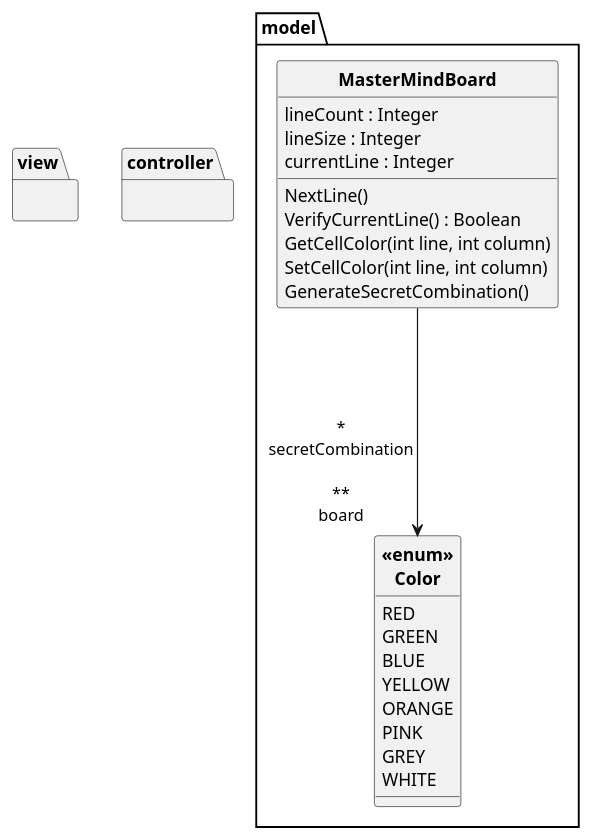
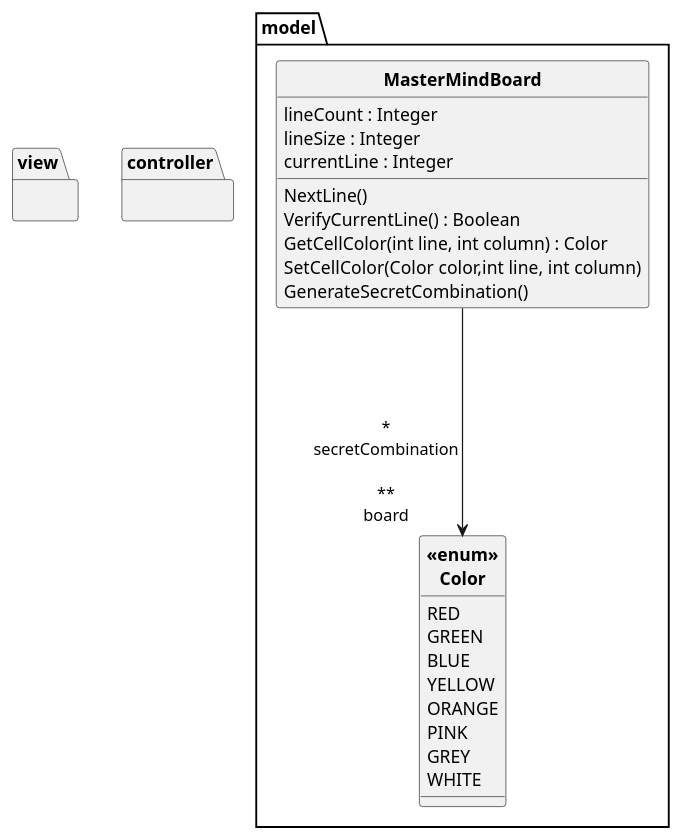
One commit to matteorenaud/mastermind changed the diagram in ProjetA31-A32/UML/MVC2.puml. Above: the diagram before and after it, drawn with PlantUML. The commit also changed 2 other files, not shown here.

```diff
--- a/ProjetA31-A32/UML/MVC2.puml
+++ b/ProjetA31-A32/UML/MVC2.puml
@@ -1,41 +1,41 @@
 @startuml
 skinparam style strictuml
 skinparam classAttributeIconSize 0
 skinparam classFontStyle Bold
 
 package model
 {
     class MasterMindBoard
     {
         lineCount : Integer
         lineSize : Integer
         currentLine : Integer
         NextLine()
         VerifyCurrentLine() : Boolean
-        GetCellColor(int line, int column)
-        SetCellColor(int line, int column)
+        GetCellColor(int line, int column) : Color
+        SetCellColor(Color color,int line, int column)
         GenerateSecretCombination()
     }
     enum "<<enum>>\nColor" as Color
     {
         RED
         GREEN
         BLUE
         YELLOW
         ORANGE
         PINK
         GREY
         WHITE
     }
 
     MasterMindBoard ----> "*\nsecretCombination\n\n**\nboard" Color
 }
 
 package view
 {
 }
 
 package controller
 {
 }
 @enduml
```
